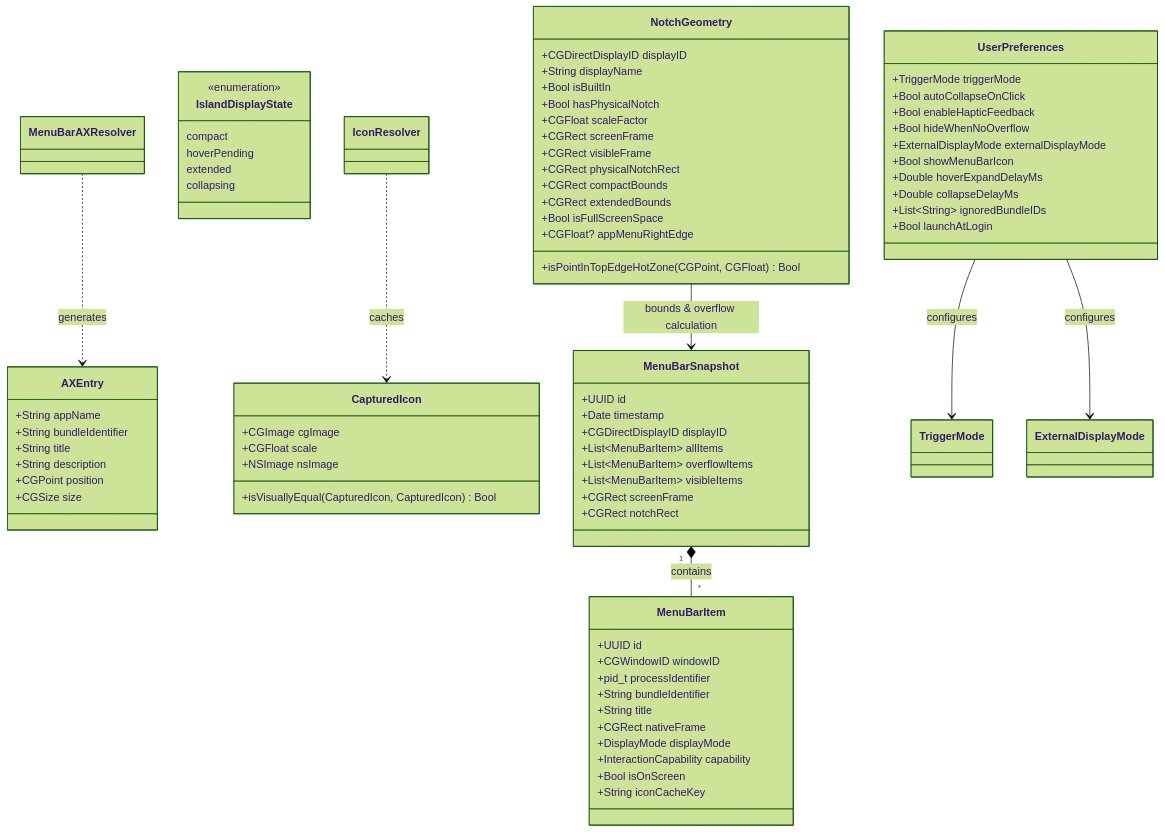
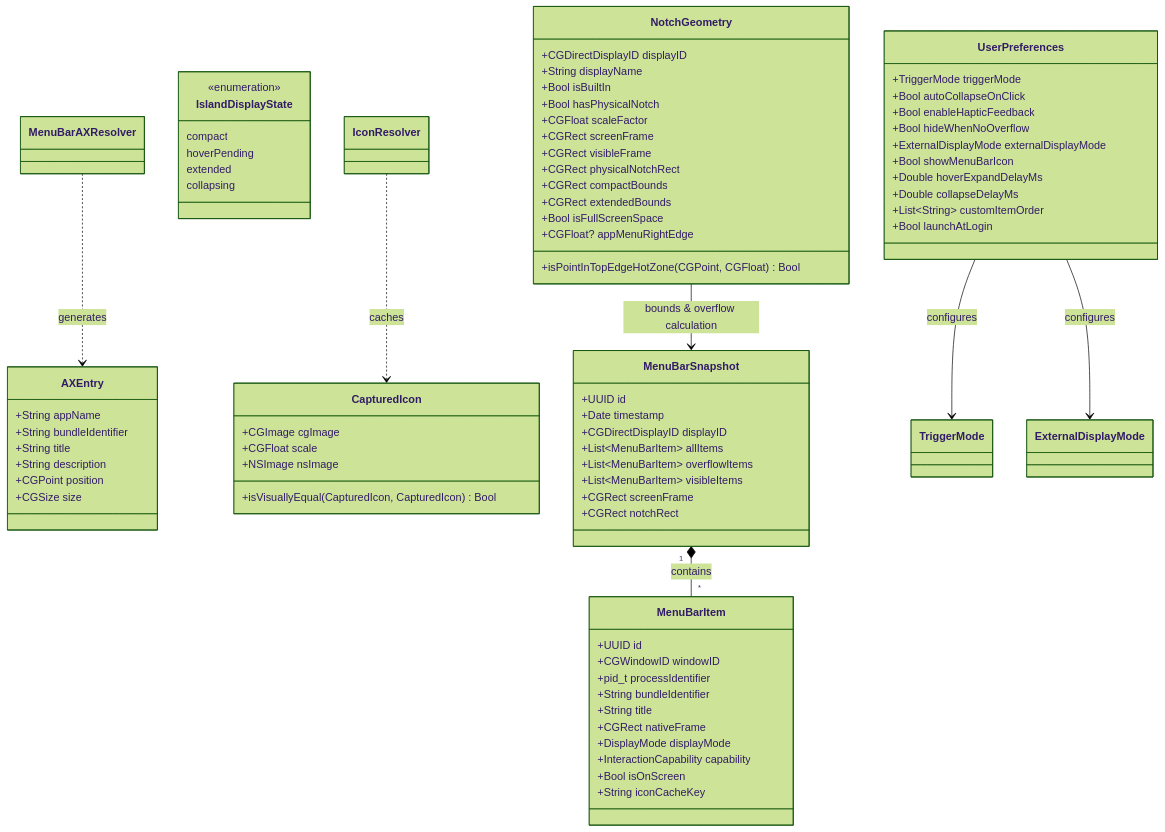
One commit to AeroSheepZ/NotchRail changed the first of 2 diagrams in docs/DOMAIN_MODEL.md. Above: the diagram before and after it, drawn with Mermaid (forest theme). The commit also changed other lines of this file and 9 other files, not shown here.

```diff
--- a/docs/DOMAIN_MODEL.md
+++ b/docs/DOMAIN_MODEL.md
@@ -81,7 +81,7 @@
         +Bool showMenuBarIcon
         +Double hoverExpandDelayMs
         +Double collapseDelayMs
-        +List~String~ ignoredBundleIDs
+        +List~String~ customItemOrder
         +Bool launchAtLogin
     }
 
```
